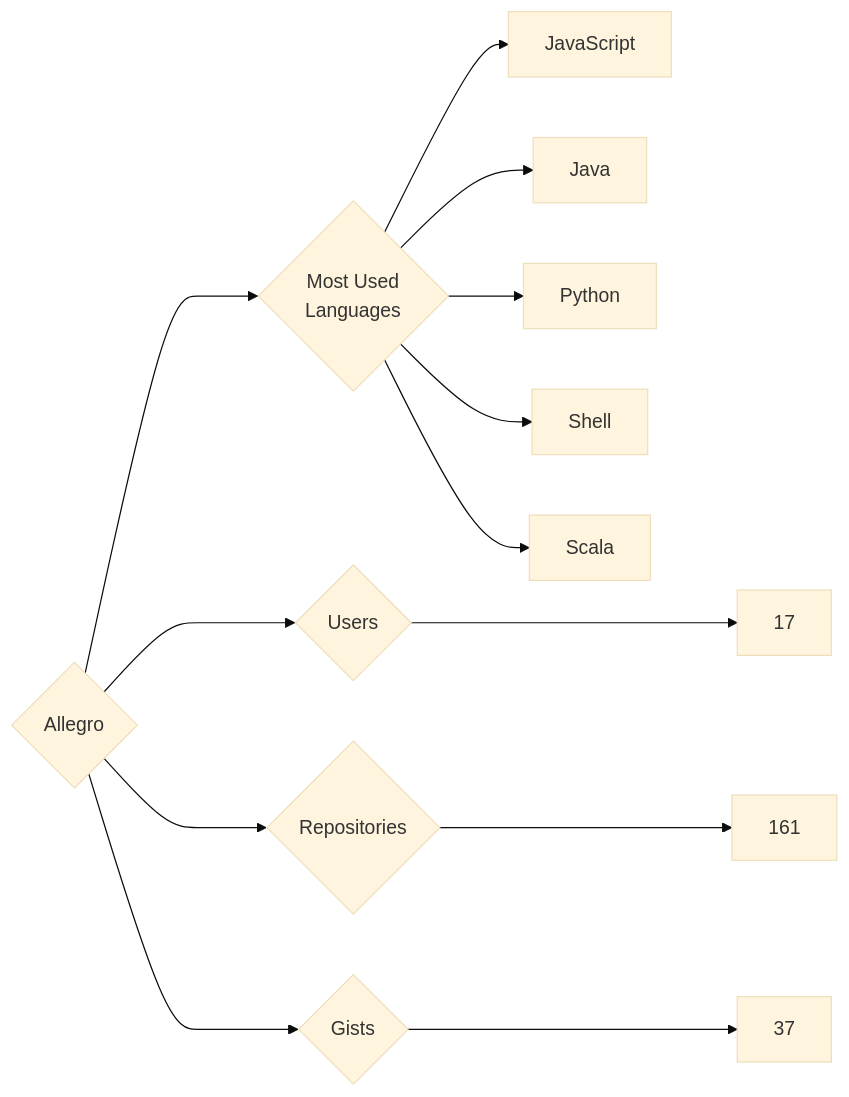
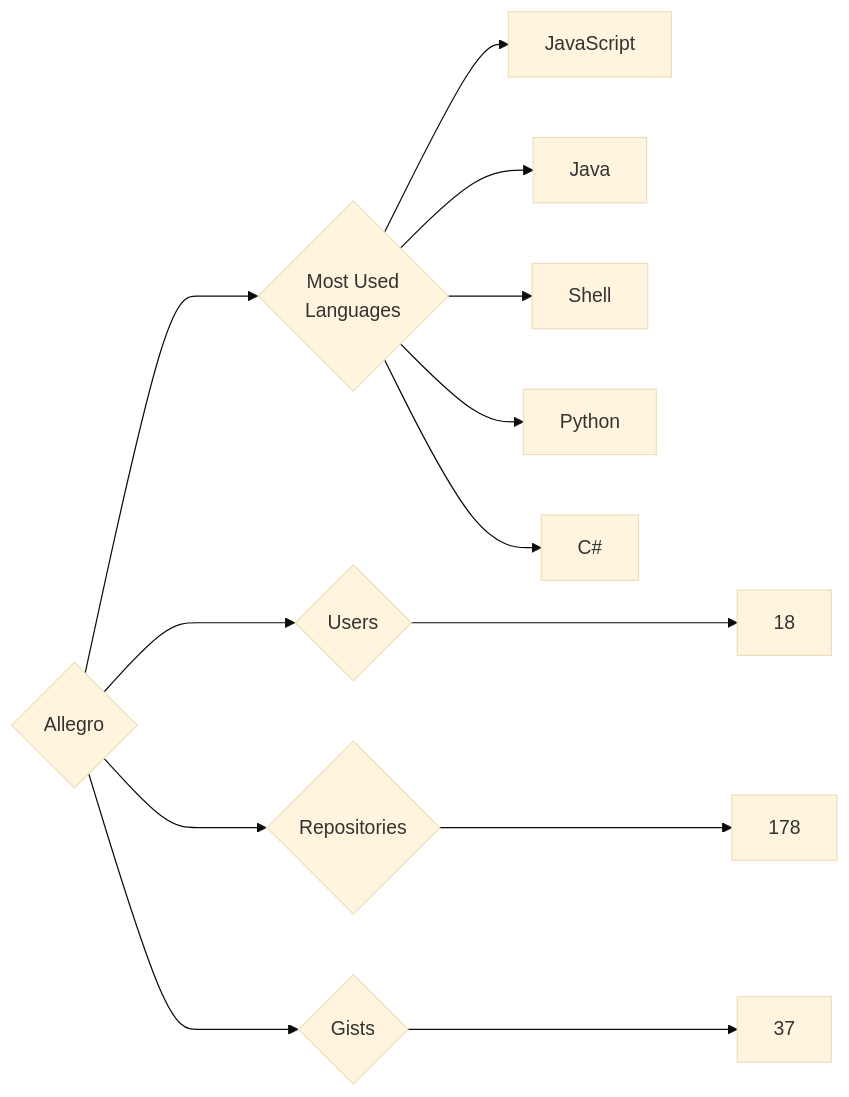
The diagram in targets/Allegro/README.md (trickest/insiders), drawn with Mermaid (base theme) before and after one commit. The commit also changed 951 other files, not shown here.

````diff
--- a/targets/Allegro/README.md
+++ b/targets/Allegro/README.md
@@ -3,13 +3,13 @@
 ```mermaid
 graph LR
 COMPANY_NAME{Allegro}
-COMPANY_NAME ---> U{Users} ---> UN[17]
-COMPANY_NAME ---> R{Repositories} ---> RN[161]
+COMPANY_NAME ---> U{Users} ---> UN[18]
+COMPANY_NAME ---> R{Repositories} ---> RN[178]
 COMPANY_NAME ---> G{Gists} ---> GN[37]
 COMPANY_NAME ---> ML{Most Used<br>Languages}
 ML --> JavaScript[JavaScript]
 ML --> Java[Java]
+ML --> Shell[Shell]
 ML --> Python[Python]
-ML --> Shell[Shell]
-ML --> Scala[Scala]
+ML --> C#[C#]
 ```
````
